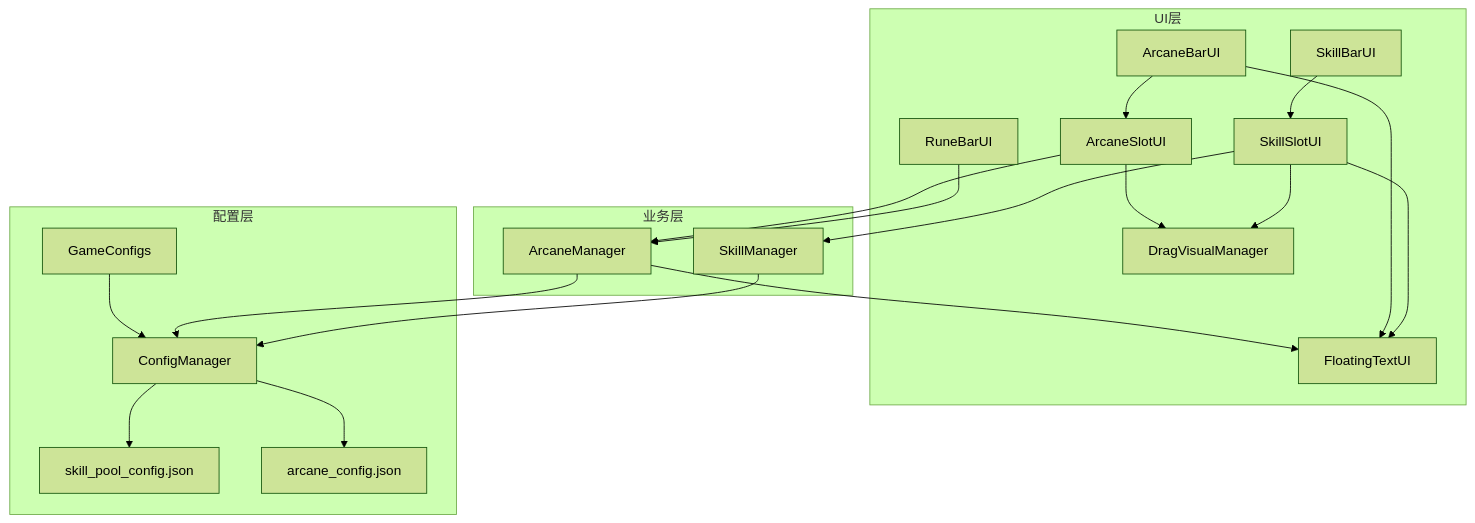
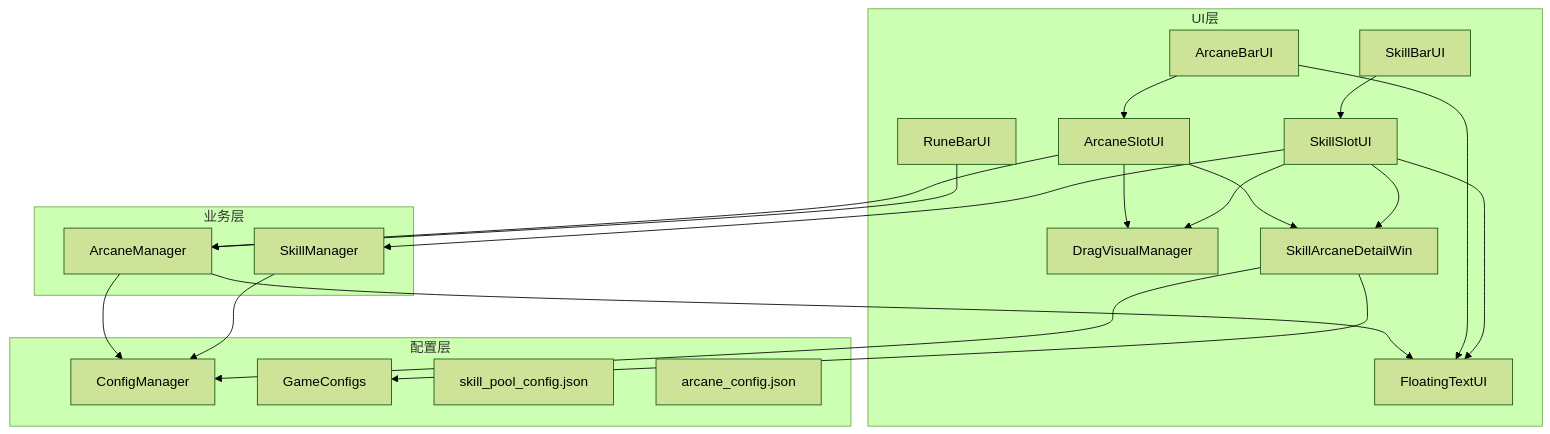
Before and after one commit to Tuusen/p1_client: the first of 5 diagrams in .qoder/repowiki/zh/content/用户界面系统/技能与奥术界面.md, drawn with Mermaid (forest theme). The commit also changed other lines of this file and 15 other files, not shown here.

````diff
--- a/.qoder/repowiki/zh/content/用户界面系统/技能与奥术界面.md
+++ b/.qoder/repowiki/zh/content/用户界面系统/技能与奥术界面.md
@@ -43,37 +55,39 @@
 ```mermaid
 graph TB
 subgraph "UI层"
 SB["SkillBarUI"]
 SS["SkillSlotUI"]
 AB["ArcaneBarUI"]
 AS["ArcaneSlotUI"]
 RB["RuneBarUI"]
 DVM["DragVisualManager"]
 FT["FloatingTextUI"]
+SADW["SkillArcaneDetailWin"]
 end
 subgraph "业务层"
 SM["SkillManager"]
 AM["ArcaneManager"]
 end
 subgraph "配置层"
 CM["ConfigManager"]
 GCFG["GameConfigs"]
 SKILL_POOL["skill_pool_config.json"]
 ARCANE_CFG["arcane_config.json"]
 end
 SB --> SS
 AB --> AS
 RB --> AM
 SS --> SM
 AS --> AM
 SM --> CM
 AM --> CM
 SS --> DVM
 AS --> DVM
 SS --> FT
 AB --> FT
 AM --> FT
-CM --> SKILL_POOL
-CM --> ARCANE_CFG
-GCFG --> CM
+SS --> SADW
+AS --> SADW
+SADW --> CM
+SADW --> GCFG
 ```
````
